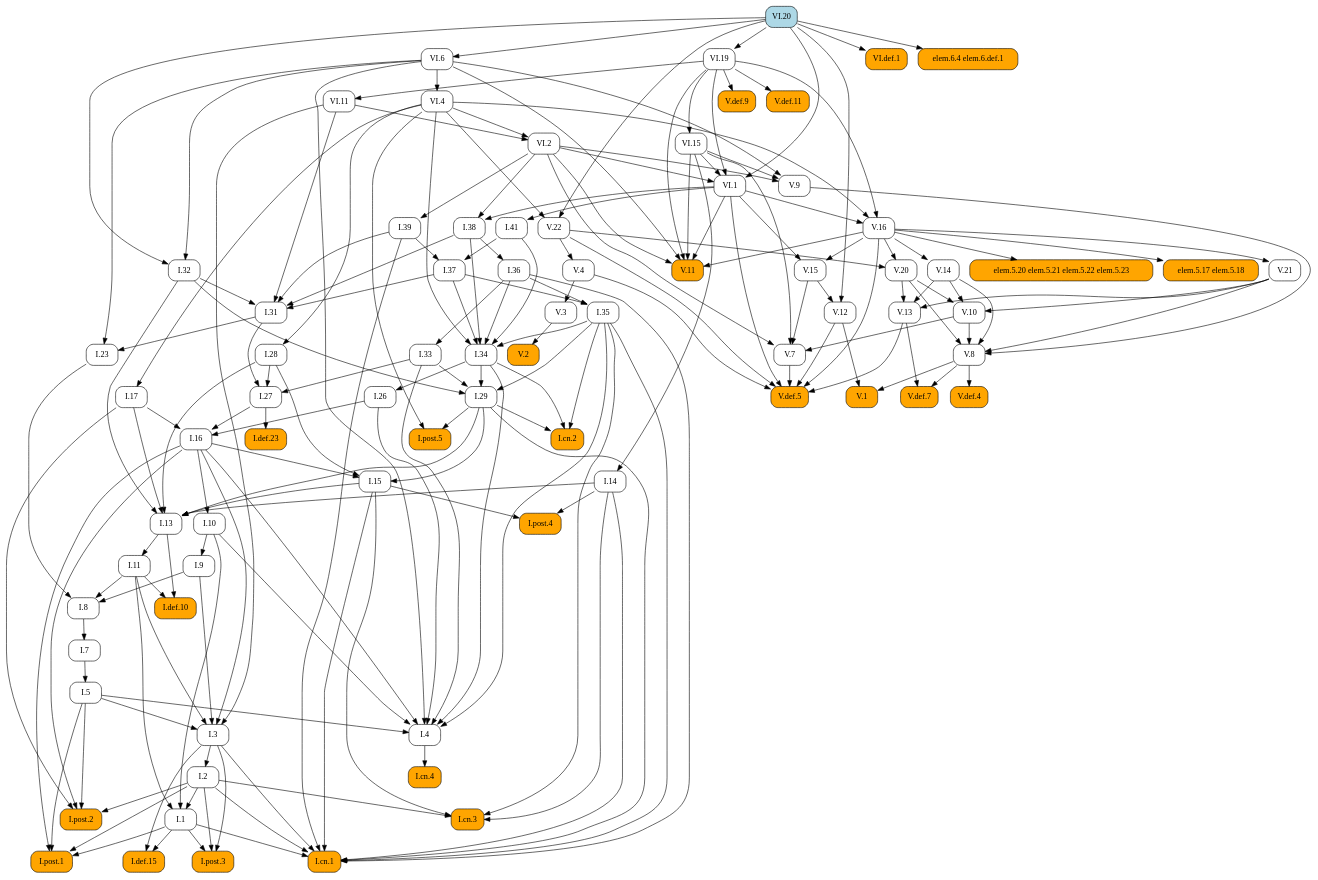
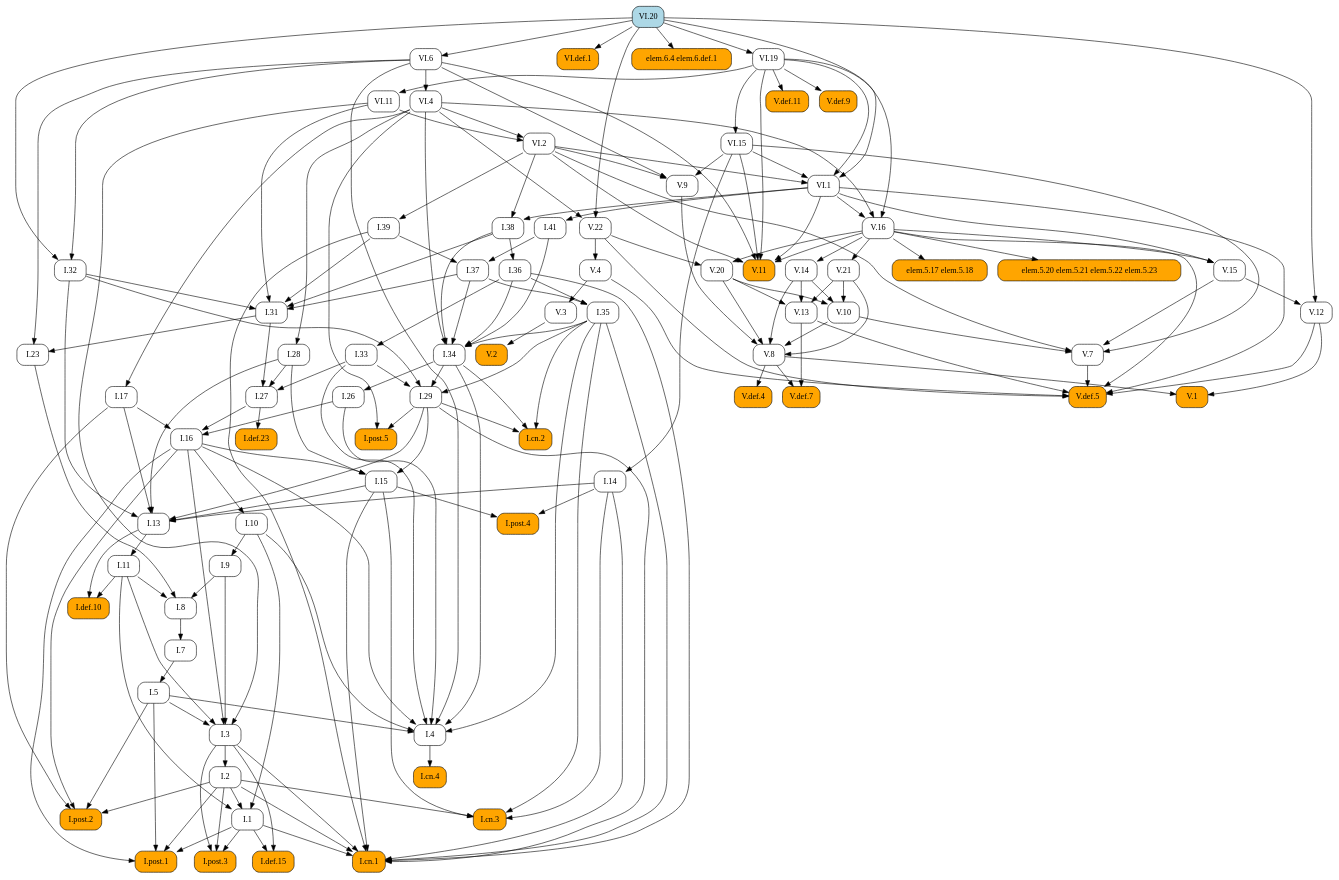
Before and after one commit to geometor/elements: the diagram in docsrc/heath/VI/20/index.rst, drawn with Graphviz. The commit also changed other lines of this file and 1029 other files, not shown here.

```diff
--- a/docsrc/heath/VI/20/index.rst
+++ b/docsrc/heath/VI/20/index.rst
@@ -162,157 +162,91 @@
    digraph {
      rankdir="TB";
      node [shape=box, style=rounded];
+     "I.def.10" [style="rounded,filled", fillcolor=orange, URL="/heath/I/def.10/", target="_top"];
+     "I.11" [URL="/heath/I/11/", target="_top"];
+     "I.post.4" [style="rounded,filled", fillcolor=orange, URL="/heath/I/post.4/", target="_top"];
+     "I.28" [URL="/heath/I/28/", target="_top"];
+     "I.1" [URL="/heath/I/1/", target="_top"];
+     "V.def.5" [style="rounded,filled", fillcolor=orange, URL="/heath/V/def.5/", target="_top"];
+     "V.13" [URL="/heath/V/13/", target="_top"];
+     "V.11" [style="rounded,filled", fillcolor=orange, URL="/heath/V/11/", target="_top"];
+     "VI.6" [URL="/heath/VI/6/", target="_top"];
+     "I.post.3" [style="rounded,filled", fillcolor=orange, URL="/heath/I/post.3/", target="_top"];
+     "VI.1" [URL="/heath/VI/1/", target="_top"];
+     "I.cn.3" [style="rounded,filled", fillcolor=orange, URL="/heath/I/cn.3/", target="_top"];
+     "I.14" [URL="/heath/I/14/", target="_top"];
+     "V.16" [URL="/heath/V/16/", target="_top"];
+     "VI.11" [URL="/heath/VI/11/", target="_top"];
+     "VI.4" [URL="/heath/VI/4/", target="_top"];
+     "V.3" [URL="/heath/V/3/", target="_top"];
+     "I.41" [URL="/heath/I/41/", target="_top"];
+     "I.27" [URL="/heath/I/27/", target="_top"];
+     "V.8" [URL="/heath/V/8/", target="_top"];
+     "I.36" [URL="/heath/I/36/", target="_top"];
+     "I.37" [URL="/heath/I/37/", target="_top"];
+     "I.34" [URL="/heath/I/34/", target="_top"];
+     "I.2" [URL="/heath/I/2/", target="_top"];
+     "I.def.23" [style="rounded,filled", fillcolor=orange, URL="/heath/I/def.23/", target="_top"];
+     "I.17" [URL="/heath/I/17/", target="_top"];
+     "I.33" [URL="/heath/I/33/", target="_top"];
+     "I.post.2" [style="rounded,filled", fillcolor=orange, URL="/heath/I/post.2/", target="_top"];
+     "VI.def.1" [style="rounded,filled", fillcolor=orange, URL="/heath/VI/def.1/", target="_top"];
+     "elem.5.20 elem.5.21 elem.5.22 elem.5.23" [style="rounded,filled", fillcolor=orange];
+     "I.9" [URL="/heath/I/9/", target="_top"];
+     "I.32" [URL="/heath/I/32/", target="_top"];
+     "I.cn.4" [style="rounded,filled", fillcolor=orange, URL="/heath/I/cn.4/", target="_top"];
+     "V.def.4" [style="rounded,filled", fillcolor=orange, URL="/heath/V/def.4/", target="_top"];
+     "I.15" [URL="/heath/I/15/", target="_top"];
+     "I.38" [URL="/heath/I/38/", target="_top"];
+     "V.def.7" [style="rounded,filled", fillcolor=orange, URL="/heath/V/def.7/", target="_top"];
+     "I.5" [URL="/heath/I/5/", target="_top"];
+     "V.21" [URL="/heath/V/21/", target="_top"];
+     "elem.6.4 elem.6.def.1" [style="rounded,filled", fillcolor=orange];
+     "I.39" [URL="/heath/I/39/", target="_top"];
+     "V.def.11" [style="rounded,filled", fillcolor=orange, URL="/heath/V/def.11/", target="_top"];
+     "I.26" [URL="/heath/I/26/", target="_top"];
+     "V.14" [URL="/heath/V/14/", target="_top"];
+     "I.29" [URL="/heath/I/29/", target="_top"];
+     "V.12" [URL="/heath/V/12/", target="_top"];
+     "V.22" [URL="/heath/V/22/", target="_top"];
+     "I.cn.2" [style="rounded,filled", fillcolor=orange, URL="/heath/I/cn.2/", target="_top"];
+     "V.20" [URL="/heath/V/20/", target="_top"];
+     "V.10" [URL="/heath/V/10/", target="_top"];
+     "VI.2" [URL="/heath/VI/2/", target="_top"];
+     "I.def.15" [style="rounded,filled", fillcolor=orange, URL="/heath/I/def.15/", target="_top"];
+     "V.15" [URL="/heath/V/15/", target="_top"];
+     "I.cn.1" [style="rounded,filled", fillcolor=orange, URL="/heath/I/cn.1/", target="_top"];
+     "V.7" [URL="/heath/V/7/", target="_top"];
+     "V.9" [URL="/heath/V/9/", target="_top"];
+     "I.23" [URL="/heath/I/23/", target="_top"];
+     "I.post.1" [style="rounded,filled", fillcolor=orange, URL="/heath/I/post.1/", target="_top"];
+     "I.35" [URL="/heath/I/35/", target="_top"];
+     "V.def.9" [style="rounded,filled", fillcolor=orange, URL="/heath/V/def.9/", target="_top"];
+     "I.7" [URL="/heath/I/7/", target="_top"];
+     "I.3" [URL="/heath/I/3/", target="_top"];
+     "I.4" [URL="/heath/I/4/", target="_top"];
+     "I.13" [URL="/heath/I/13/", target="_top"];
+     "V.4" [URL="/heath/V/4/", target="_top"];
+     "I.31" [URL="/heath/I/31/", target="_top"];
+     "VI.20" [style="rounded,filled", fillcolor=lightblue, URL="/heath/VI/20/", target="_top"];
      "V.1" [style="rounded,filled", fillcolor=orange, URL="/heath/V/1/", target="_top"];
-     "I.29" [URL="/heath/I/29/", target="_top"];
-     "I.7" [URL="/heath/I/7/", target="_top"];
-     "I.27" [URL="/heath/I/27/", target="_top"];
-     "I.def.23" [style="rounded,filled", fillcolor=orange, URL="/heath/I/def.23/", target="_top"];
-     "V.20" [URL="/heath/V/20/", target="_top"];
-     "I.34" [URL="/heath/I/34/", target="_top"];
+     "I.16" [URL="/heath/I/16/", target="_top"];
+     "elem.5.17 elem.5.18" [style="rounded,filled", fillcolor=orange];
+     "VI.15" [URL="/heath/VI/15/", target="_top"];
      "I.8" [URL="/heath/I/8/", target="_top"];
      "V.2" [style="rounded,filled", fillcolor=orange, URL="/heath/V/2/", target="_top"];
-     "I.9" [URL="/heath/I/9/", target="_top"];
-     "V.22" [URL="/heath/V/22/", target="_top"];
-     "I.post.4" [style="rounded,filled", fillcolor=orange, URL="/heath/I/post.4/", target="_top"];
-     "I.2" [URL="/heath/I/2/", target="_top"];
-     "V.4" [URL="/heath/V/4/", target="_top"];
-     "I.28" [URL="/heath/I/28/", target="_top"];
-     "VI.4" [URL="/heath/VI/4/", target="_top"];
-     "I.cn.4" [style="rounded,filled", fillcolor=orange, URL="/heath/I/cn.4/", target="_top"];
-     "VI.2" [URL="/heath/VI/2/", target="_top"];
-     "V.def.9" [style="rounded,filled", fillcolor=orange, URL="/heath/V/def.9/", target="_top"];
-     "elem.5.20 elem.5.21 elem.5.22 elem.5.23" [style="rounded,filled", fillcolor=orange];
-     "I.23" [URL="/heath/I/23/", target="_top"];
-     "I.13" [URL="/heath/I/13/", target="_top"];
-     "I.5" [URL="/heath/I/5/", target="_top"];
-     "I.11" [URL="/heath/I/11/", target="_top"];
-     "I.4" [URL="/heath/I/4/", target="_top"];
-     "I.def.10" [style="rounded,filled", fillcolor=orange, URL="/heath/I/def.10/", target="_top"];
-     "I.post.3" [style="rounded,filled", fillcolor=orange, URL="/heath/I/post.3/", target="_top"];
-     "V.9" [URL="/heath/V/9/", target="_top"];
-     "VI.def.1" [style="rounded,filled", fillcolor=orange, URL="/heath/VI/def.1/", target="_top"];
-     "elem.5.17 elem.5.18" [style="rounded,filled", fillcolor=orange];
-     "V.3" [URL="/heath/V/3/", target="_top"];
-     "I.36" [URL="/heath/I/36/", target="_top"];
-     "V.12" [URL="/heath/V/12/", target="_top"];
-     "I.15" [URL="/heath/I/15/", target="_top"];
-     "I.17" [URL="/heath/I/17/", target="_top"];
-     "I.32" [URL="/heath/I/32/", target="_top"];
-     "V.def.5" [style="rounded,filled", fillcolor=orange, URL="/heath/V/def.5/", target="_top"];
-     "I.41" [URL="/heath/I/41/", target="_top"];
-     "I.cn.3" [style="rounded,filled", fillcolor=orange, URL="/heath/I/cn.3/", target="_top"];
-     "I.38" [URL="/heath/I/38/", target="_top"];
-     "V.16" [URL="/heath/V/16/", target="_top"];
-     "V.15" [URL="/heath/V/15/", target="_top"];
-     "V.def.4" [style="rounded,filled", fillcolor=orange, URL="/heath/V/def.4/", target="_top"];
-     "V.21" [URL="/heath/V/21/", target="_top"];
-     "V.8" [URL="/heath/V/8/", target="_top"];
-     "V.7" [URL="/heath/V/7/", target="_top"];
-     "I.1" [URL="/heath/I/1/", target="_top"];
-     "I.def.15" [style="rounded,filled", fillcolor=orange, URL="/heath/I/def.15/", target="_top"];
-     "VI.11" [URL="/heath/VI/11/", target="_top"];
-     "V.13" [URL="/heath/V/13/", target="_top"];
-     "I.post.1" [style="rounded,filled", fillcolor=orange, URL="/heath/I/post.1/", target="_top"];
-     "I.26" [URL="/heath/I/26/", target="_top"];
-     "I.33" [URL="/heath/I/33/", target="_top"];
-     "V.def.7" [style="rounded,filled", fillcolor=orange, URL="/heath/V/def.7/", target="_top"];
-     "elem.6.4 elem.6.def.1" [style="rounded,filled", fillcolor=orange];
-     "I.39" [URL="/heath/I/39/", target="_top"];
-     "I.cn.2" [style="rounded,filled", fillcolor=orange, URL="/heath/I/cn.2/", target="_top"];
-     "V.10" [URL="/heath/V/10/", target="_top"];
+     "I.post.5" [style="rounded,filled", fillcolor=orange, URL="/heath/I/post.5/", target="_top"];
+     "VI.19" [URL="/heath/VI/19/", target="_top"];
      "I.10" [URL="/heath/I/10/", target="_top"];
-     "I.3" [URL="/heath/I/3/", target="_top"];
-     "I.16" [URL="/heath/I/16/", target="_top"];
-     "I.31" [URL="/heath/I/31/", target="_top"];
-     "VI.6" [URL="/heath/VI/6/", target="_top"];
-     "V.def.11" [style="rounded,filled", fillcolor=orange, URL="/heath/V/def.11/", target="_top"];
-     "VI.15" [URL="/heath/VI/15/", target="_top"];
-     "V.11" [style="rounded,filled", fillcolor=orange, URL="/heath/V/11/", target="_top"];
-     "I.post.2" [style="rounded,filled", fillcolor=orange, URL="/heath/I/post.2/", target="_top"];
-     "VI.1" [URL="/heath/VI/1/", target="_top"];
-     "I.post.5" [style="rounded,filled", fillcolor=orange, URL="/heath/I/post.5/", target="_top"];
-     "VI.20" [style="rounded,filled", fillcolor=lightblue, URL="/heath/VI/20/", target="_top"];
-     "VI.19" [URL="/heath/VI/19/", target="_top"];
-     "I.14" [URL="/heath/I/14/", target="_top"];
-     "I.35" [URL="/heath/I/35/", target="_top"];
-     "I.cn.1" [style="rounded,filled", fillcolor=orange, URL="/heath/I/cn.1/", target="_top"];
-     "I.37" [URL="/heath/I/37/", target="_top"];
-     "V.14" [URL="/heath/V/14/", target="_top"];
-     "V.8" -> "V.1";
-     "V.12" -> "V.1";
-     "I.32" -> "I.29";
-     "I.33" -> "I.29";
-     "I.34" -> "I.29";
-     "I.35" -> "I.29";
-     "I.8" -> "I.7";
-     "I.28" -> "I.27";
-     "I.31" -> "I.27";
-     "I.33" -> "I.27";
-     "I.27" -> "I.def.23";
-     "V.16" -> "V.20";
-     "V.22" -> "V.20";
-     "I.35" -> "I.34";
-     "I.36" -> "I.34";
-     "I.37" -> "I.34";
-     "I.38" -> "I.34";
-     "I.41" -> "I.34";
-     "VI.4" -> "I.34";
-     "I.9" -> "I.8";
-     "I.11" -> "I.8";
-     "I.23" -> "I.8";
-     "V.3" -> "V.2";
-     "I.10" -> "I.9";
-     "VI.4" -> "V.22";
-     "VI.20" -> "V.22";
+     "I.11" -> "I.def.10";
+     "I.13" -> "I.def.10";
+     "I.13" -> "I.11";
      "I.14" -> "I.post.4";
      "I.15" -> "I.post.4";
-     "I.3" -> "I.2";
-     "V.22" -> "V.4";
      "VI.4" -> "I.28";
-     "VI.6" -> "VI.4";
-     "I.4" -> "I.cn.4";
-     "VI.4" -> "VI.2";
-     "VI.11" -> "VI.2";
-     "VI.19" -> "V.def.9";
-     "V.16" -> "elem.5.20 elem.5.21 elem.5.22 elem.5.23";
-     "I.31" -> "I.23";
-     "VI.6" -> "I.23";
-     "I.14" -> "I.13";
-     "I.15" -> "I.13";
-     "I.17" -> "I.13";
-     "I.28" -> "I.13";
-     "I.29" -> "I.13";
-     "I.32" -> "I.13";
-     "I.7" -> "I.5";
-     "I.13" -> "I.11";
-     "I.5" -> "I.4";
-     "I.10" -> "I.4";
-     "I.16" -> "I.4";
-     "I.26" -> "I.4";
-     "I.33" -> "I.4";
-     "I.34" -> "I.4";
-     "I.35" -> "I.4";
-     "VI.6" -> "I.4";
-     "I.11" -> "I.def.10";
-     "I.13" -> "I.def.10";
-     "I.1" -> "I.post.3";
-     "I.2" -> "I.post.3";
-     "I.3" -> "I.post.3";
-     "VI.2" -> "V.9";
-     "VI.6" -> "V.9";
-     "VI.15" -> "V.9";
-     "VI.20" -> "VI.def.1";
-     "V.16" -> "elem.5.17 elem.5.18";
-     "V.4" -> "V.3";
-     "I.38" -> "I.36";
-     "V.15" -> "V.12";
-     "VI.20" -> "V.12";
-     "I.16" -> "I.15";
-     "I.28" -> "I.15";
-     "I.29" -> "I.15";
-     "VI.4" -> "I.17";
-     "VI.6" -> "I.32";
-     "VI.20" -> "I.32";
+     "I.2" -> "I.1";
+     "I.10" -> "I.1";
+     "I.11" -> "I.1";
      "V.4" -> "V.def.5";
      "V.7" -> "V.def.5";
      "V.12" -> "V.def.5";
@@ -320,91 +254,103 @@
      "V.16" -> "V.def.5";
      "V.22" -> "V.def.5";
      "VI.1" -> "V.def.5";
-     "VI.1" -> "I.41";
-     "I.2" -> "I.cn.3";
-     "I.14" -> "I.cn.3";
-     "I.15" -> "I.cn.3";
-     "I.35" -> "I.cn.3";
-     "VI.1" -> "I.38";
-     "VI.2" -> "I.38";
-     "VI.1" -> "V.16";
-     "VI.4" -> "V.16";
-     "VI.19" -> "V.16";
-     "V.16" -> "V.15";
-     "VI.1" -> "V.15";
-     "V.8" -> "V.def.4";
-     "V.16" -> "V.21";
-     "V.9" -> "V.8";
-     "V.10" -> "V.8";
-     "V.14" -> "V.8";
-     "V.20" -> "V.8";
-     "V.21" -> "V.8";
-     "V.10" -> "V.7";
-     "V.15" -> "V.7";
-     "VI.2" -> "V.7";
-     "VI.15" -> "V.7";
-     "I.2" -> "I.1";
-     "I.10" -> "I.1";
-     "I.11" -> "I.1";
-     "I.1" -> "I.def.15";
-     "I.3" -> "I.def.15";
-     "VI.19" -> "VI.11";
      "V.14" -> "V.13";
      "V.20" -> "V.13";
      "V.21" -> "V.13";
-     "I.1" -> "I.post.1";
-     "I.2" -> "I.post.1";
-     "I.5" -> "I.post.1";
-     "I.16" -> "I.post.1";
-     "I.34" -> "I.26";
-     "I.36" -> "I.33";
-     "V.8" -> "V.def.7";
-     "V.13" -> "V.def.7";
-     "VI.20" -> "elem.6.4 elem.6.def.1";
-     "VI.2" -> "I.39";
-     "I.29" -> "I.cn.2";
-     "I.34" -> "I.cn.2";
-     "I.35" -> "I.cn.2";
-     "V.14" -> "V.10";
-     "V.20" -> "V.10";
-     "V.21" -> "V.10";
-     "I.16" -> "I.10";
-     "I.5" -> "I.3";
-     "I.9" -> "I.3";
-     "I.11" -> "I.3";
-     "I.16" -> "I.3";
-     "VI.11" -> "I.3";
-     "I.17" -> "I.16";
-     "I.26" -> "I.16";
-     "I.27" -> "I.16";
-     "I.32" -> "I.31";
-     "I.37" -> "I.31";
-     "I.38" -> "I.31";
-     "I.39" -> "I.31";
-     "VI.11" -> "I.31";
-     "VI.20" -> "VI.6";
-     "VI.19" -> "V.def.11";
-     "VI.19" -> "VI.15";
      "V.16" -> "V.11";
      "VI.1" -> "V.11";
      "VI.2" -> "V.11";
      "VI.6" -> "V.11";
      "VI.15" -> "V.11";
      "VI.19" -> "V.11";
+     "VI.20" -> "VI.6";
+     "I.1" -> "I.post.3";
+     "I.2" -> "I.post.3";
+     "I.3" -> "I.post.3";
+     "VI.2" -> "VI.1";
+     "VI.15" -> "VI.1";
+     "VI.19" -> "VI.1";
+     "VI.20" -> "VI.1";
+     "I.2" -> "I.cn.3";
+     "I.14" -> "I.cn.3";
+     "I.15" -> "I.cn.3";
+     "I.35" -> "I.cn.3";
+     "VI.15" -> "I.14";
+     "VI.1" -> "V.16";
+     "VI.4" -> "V.16";
+     "VI.19" -> "V.16";
+     "VI.19" -> "VI.11";
+     "VI.6" -> "VI.4";
+     "V.4" -> "V.3";
+     "VI.1" -> "I.41";
+     "I.28" -> "I.27";
+     "I.31" -> "I.27";
+     "I.33" -> "I.27";
+     "V.9" -> "V.8";
+     "V.10" -> "V.8";
+     "V.14" -> "V.8";
+     "V.20" -> "V.8";
+     "V.21" -> "V.8";
+     "I.38" -> "I.36";
+     "I.39" -> "I.37";
+     "I.41" -> "I.37";
+     "I.35" -> "I.34";
+     "I.36" -> "I.34";
+     "I.37" -> "I.34";
+     "I.38" -> "I.34";
+     "I.41" -> "I.34";
+     "VI.4" -> "I.34";
+     "I.3" -> "I.2";
+     "I.27" -> "I.def.23";
+     "VI.4" -> "I.17";
+     "I.36" -> "I.33";
      "I.2" -> "I.post.2";
      "I.5" -> "I.post.2";
      "I.16" -> "I.post.2";
      "I.17" -> "I.post.2";
-     "VI.2" -> "VI.1";
-     "VI.15" -> "VI.1";
-     "VI.19" -> "VI.1";
-     "VI.20" -> "VI.1";
-     "I.29" -> "I.post.5";
-     "VI.4" -> "I.post.5";
-     "VI.20" -> "VI.19";
-     "VI.15" -> "I.14";
-     "I.36" -> "I.35";
-     "I.37" -> "I.35";
+     "VI.20" -> "VI.def.1";
+     "V.16" -> "elem.5.20 elem.5.21 elem.5.22 elem.5.23";
+     "I.10" -> "I.9";
+     "VI.6" -> "I.32";
+     "VI.20" -> "I.32";
+     "I.4" -> "I.cn.4";
+     "V.8" -> "V.def.4";
+     "I.16" -> "I.15";
+     "I.28" -> "I.15";
+     "I.29" -> "I.15";
+     "VI.1" -> "I.38";
+     "VI.2" -> "I.38";
+     "V.8" -> "V.def.7";
+     "V.13" -> "V.def.7";
+     "I.7" -> "I.5";
+     "V.16" -> "V.21";
+     "VI.20" -> "elem.6.4 elem.6.def.1";
+     "VI.2" -> "I.39";
+     "VI.19" -> "V.def.11";
+     "I.34" -> "I.26";
+     "V.16" -> "V.14";
+     "I.32" -> "I.29";
+     "I.33" -> "I.29";
+     "I.34" -> "I.29";
+     "I.35" -> "I.29";
+     "V.15" -> "V.12";
+     "VI.20" -> "V.12";
+     "VI.4" -> "V.22";
+     "VI.20" -> "V.22";
+     "I.29" -> "I.cn.2";
+     "I.34" -> "I.cn.2";
+     "I.35" -> "I.cn.2";
+     "V.16" -> "V.20";
+     "V.22" -> "V.20";
+     "V.14" -> "V.10";
+     "V.20" -> "V.10";
+     "V.21" -> "V.10";
+     "VI.4" -> "VI.2";
+     "VI.11" -> "VI.2";
+     "I.1" -> "I.def.15";
+     "I.3" -> "I.def.15";
+     "V.16" -> "V.15";
+     "VI.1" -> "V.15";
      "I.1" -> "I.cn.1";
      "I.2" -> "I.cn.1";
      "I.3" -> "I.cn.1";
@@ -414,7 +360,61 @@
      "I.35" -> "I.cn.1";
      "I.36" -> "I.cn.1";
      "I.39" -> "I.cn.1";
-     "I.39" -> "I.37";
-     "I.41" -> "I.37";
-     "V.16" -> "V.14";
+     "V.10" -> "V.7";
+     "V.15" -> "V.7";
+     "VI.2" -> "V.7";
+     "VI.15" -> "V.7";
+     "VI.2" -> "V.9";
+     "VI.6" -> "V.9";
+     "VI.15" -> "V.9";
+     "I.31" -> "I.23";
+     "VI.6" -> "I.23";
+     "I.1" -> "I.post.1";
+     "I.2" -> "I.post.1";
+     "I.5" -> "I.post.1";
+     "I.16" -> "I.post.1";
+     "I.36" -> "I.35";
+     "I.37" -> "I.35";
+     "VI.19" -> "V.def.9";
+     "I.8" -> "I.7";
+     "I.5" -> "I.3";
+     "I.9" -> "I.3";
+     "I.11" -> "I.3";
+     "I.16" -> "I.3";
+     "VI.11" -> "I.3";
+     "I.5" -> "I.4";
+     "I.10" -> "I.4";
+     "I.16" -> "I.4";
+     "I.26" -> "I.4";
+     "I.33" -> "I.4";
+     "I.34" -> "I.4";
+     "I.35" -> "I.4";
+     "VI.6" -> "I.4";
+     "I.14" -> "I.13";
+     "I.15" -> "I.13";
+     "I.17" -> "I.13";
+     "I.28" -> "I.13";
+     "I.29" -> "I.13";
+     "I.32" -> "I.13";
+     "V.22" -> "V.4";
+     "I.32" -> "I.31";
+     "I.37" -> "I.31";
+     "I.38" -> "I.31";
+     "I.39" -> "I.31";
+     "VI.11" -> "I.31";
+     "V.8" -> "V.1";
+     "V.12" -> "V.1";
+     "I.17" -> "I.16";
+     "I.26" -> "I.16";
+     "I.27" -> "I.16";
+     "V.16" -> "elem.5.17 elem.5.18";
+     "VI.19" -> "VI.15";
+     "I.9" -> "I.8";
+     "I.11" -> "I.8";
+     "I.23" -> "I.8";
+     "V.3" -> "V.2";
+     "I.29" -> "I.post.5";
+     "VI.4" -> "I.post.5";
+     "VI.20" -> "VI.19";
+     "I.16" -> "I.10";
    }
```
